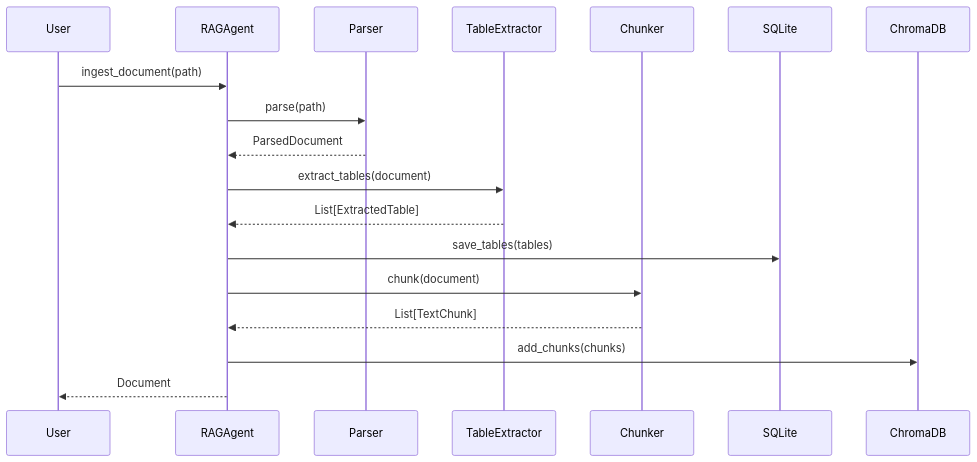
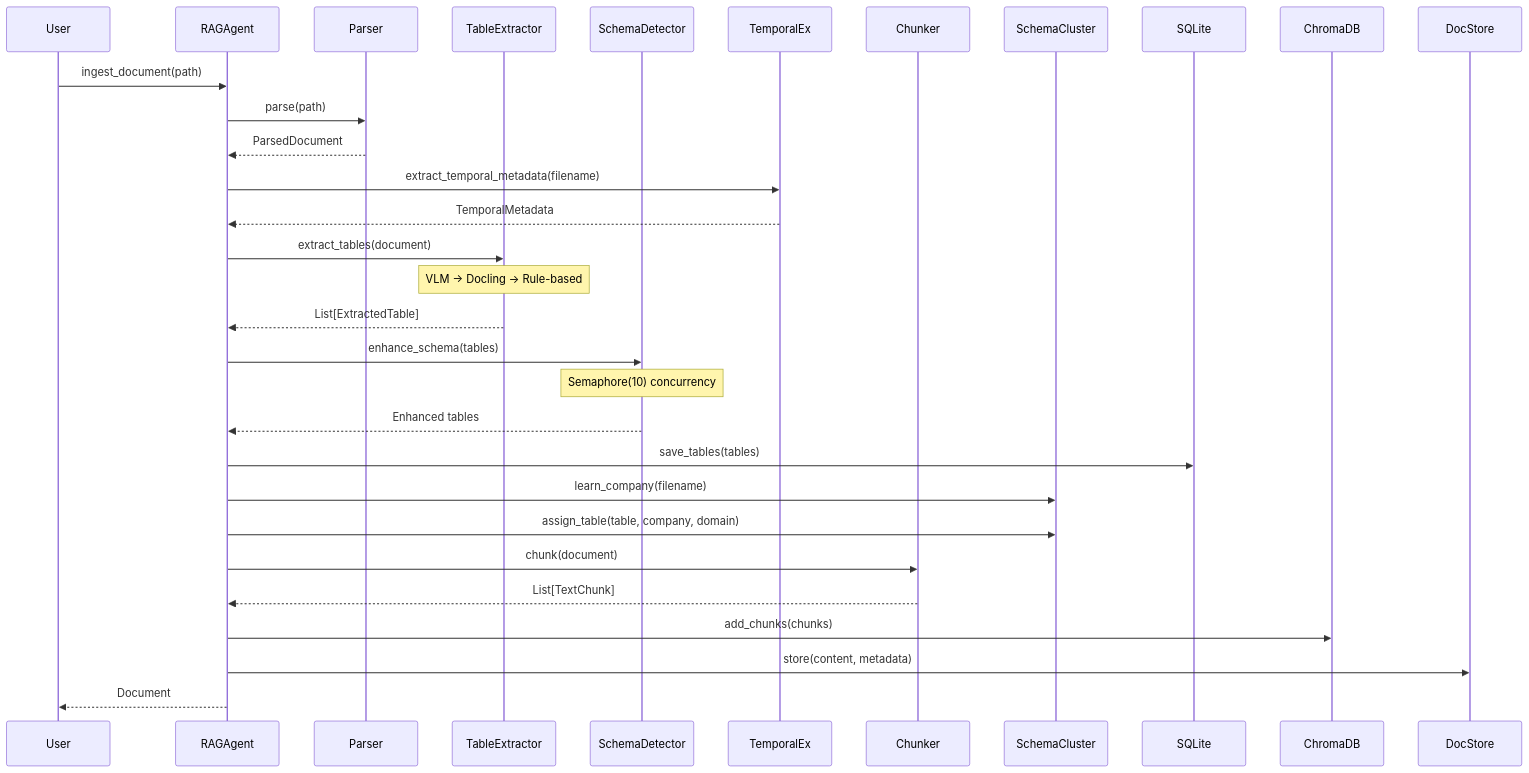
One commit to vinyasv/financeRAG changed the second of 5 diagrams in technicaloverview.md. Above: the diagram before and after it, drawn with Mermaid. The commit also changed other lines of this file and 2 other files, not shown here.

````diff
--- a/technicaloverview.md
+++ b/technicaloverview.md
@@ -260,24 +414,40 @@
 ```mermaid
 sequenceDiagram
     participant User
     participant RAGAgent
     participant Parser
     participant TableExtractor
+    participant SchemaDetector
+    participant TemporalEx
     participant Chunker
+    participant SchemaCluster
     participant SQLite
     participant ChromaDB
-    
+    participant DocStore
+
     User->>RAGAgent: ingest_document(path)
     RAGAgent->>Parser: parse(path)
     Parser-->>RAGAgent: ParsedDocument
-    
+
+    RAGAgent->>TemporalEx: extract_temporal_metadata(filename)
+    TemporalEx-->>RAGAgent: TemporalMetadata
+
     RAGAgent->>TableExtractor: extract_tables(document)
+    Note over TableExtractor: VLM → Docling → Rule-based
     TableExtractor-->>RAGAgent: List[ExtractedTable]
+
+    RAGAgent->>SchemaDetector: enhance_schema(tables)
+    Note over SchemaDetector: Semaphore(10) concurrency
+    SchemaDetector-->>RAGAgent: Enhanced tables
+
     RAGAgent->>SQLite: save_tables(tables)
-    
+    RAGAgent->>SchemaCluster: learn_company(filename)
+    RAGAgent->>SchemaCluster: assign_table(table, company, domain)
+
     RAGAgent->>Chunker: chunk(document)
     Chunker-->>RAGAgent: List[TextChunk]
     RAGAgent->>ChromaDB: add_chunks(chunks)
-    
+
+    RAGAgent->>DocStore: store(content, metadata)
     RAGAgent-->>User: Document
 ```
````
